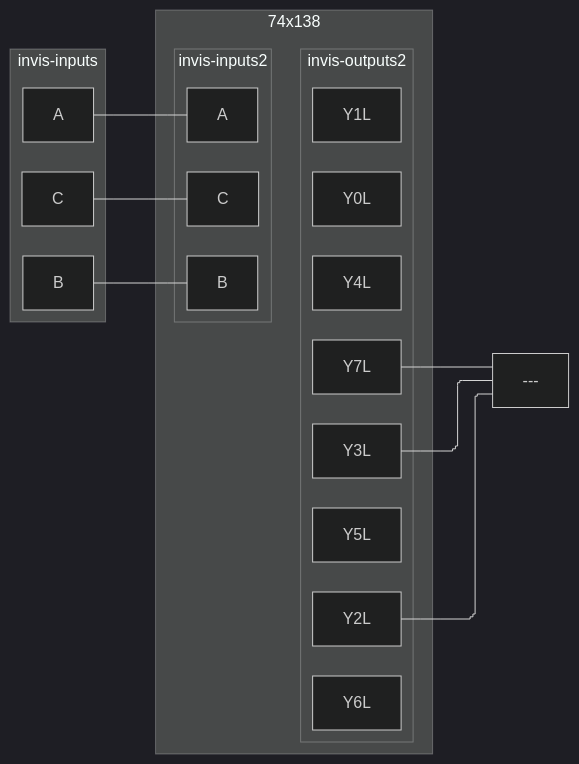
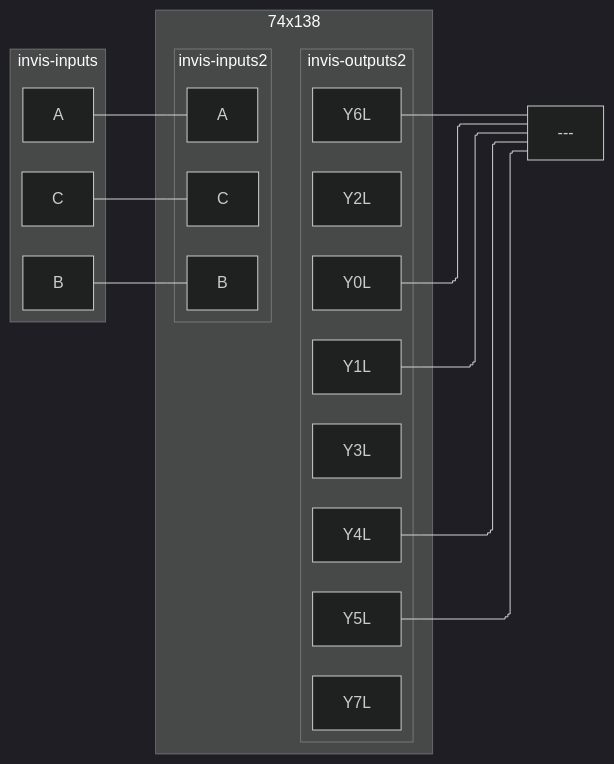
The diagram in CSDS 281 - Logic Design/HW/7/tables.md (tnichols217/notes), drawn with Mermaid (dark theme) before and after one commit.

Commit message:
vault backup: 2024-03-27 11:08:14

````diff
--- a/CSDS 281 - Logic Design/HW/7/tables.md
+++ b/CSDS 281 - Logic Design/HW/7/tables.md
@@ -27,28 +27,28 @@
 ```mermaid
 %%{ init: { 'flowchart': { 'curve': 'stepBefore', "defaultRenderer": "elk" } } }%%
 flowchart LR
 subgraph invis-inputs
 A
 B
 C
 end
 subgraph 74x138
 subgraph invis-inputs2
 A --- Aa["A"]
 B --- Bb["B"]
 C --- Cc["C"]
 end
 subgraph invis-outputs2
 Y0L
 Y1L
 Y2L
 Y3L
 Y4L
 Y5L
 Y6L
 Y7L
 end
 invis-inputs2 ~~~ invis-outputs2
 end
-Y2L & Y3L & Y7L --- nand1[---]
+Y0L & Y1L & Y4L & Y5L & Y6L --- nand1[---]
 ```
````
